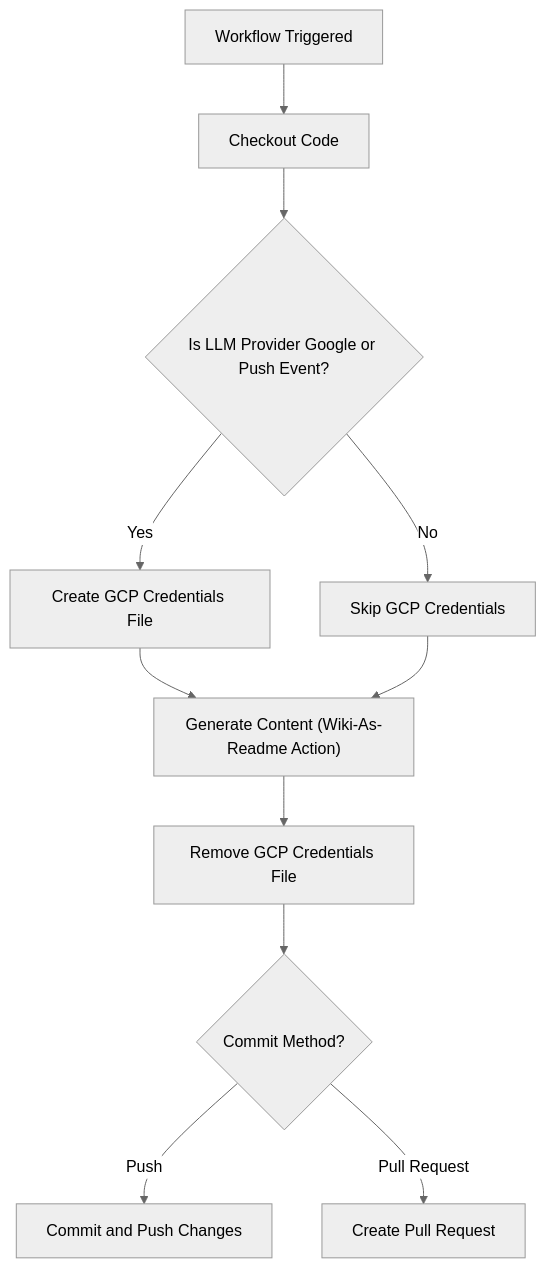
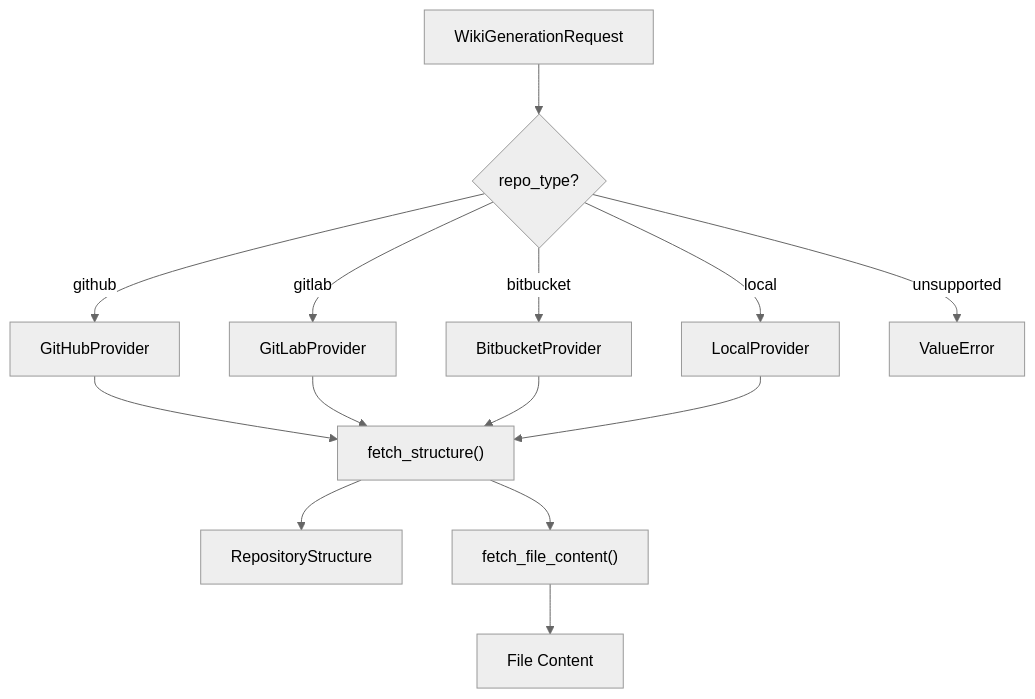
One commit to catuscio/wiki-as-readme changed diagram 14 of 24 in examples/wiki_as_README.md. Above: the diagram before and after it, drawn with Mermaid (neutral theme). The commit also changed other lines of this file, not shown here.

````diff
--- a/examples/wiki_as_README.md
+++ b/examples/wiki_as_README.md
@@ -1014,13 +1756,16 @@
 ```mermaid
-graph TD
-    A["Workflow Triggered"] --> B["Checkout Code"]
-    B --> C{"Is LLM Provider Google or Push Event?"}
-    C -- "Yes" --> D["Create GCP Credentials File"]
-    C -- "No" --> E["Skip GCP Credentials"]
-    D --> F["Generate Content (Wiki-As-Readme Action)"]
-    E --> F
-    F --> G["Remove GCP Credentials File"]
-    G --> H{"Commit Method?"}
-    H -- "Push" --> I["Commit and Push Changes"]
-    H -- "Pull Request" --> J["Create Pull Request"]
+flowchart TD
+    A["WikiGenerationRequest"] --> B{"repo_type?"}
+    B -- "github" --> C["GitHubProvider"]
+    B -- "gitlab" --> D["GitLabProvider"]
+    B -- "bitbucket" --> E["BitbucketProvider"]
+    B -- "local" --> F["LocalProvider"]
+    B -- "unsupported" --> G["ValueError"]
+    C --> H["fetch_structure()"]
+    D --> H
+    E --> H
+    F --> H
+    H --> I["RepositoryStructure"]
+    H --> J["fetch_file_content()"]
+    J --> K["File Content"]
 ```
````
